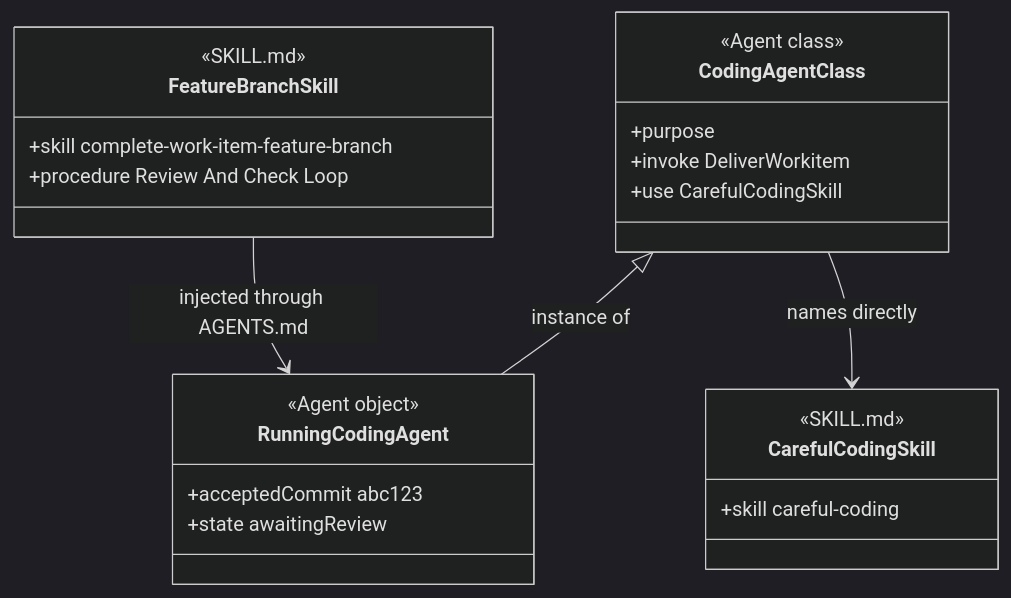
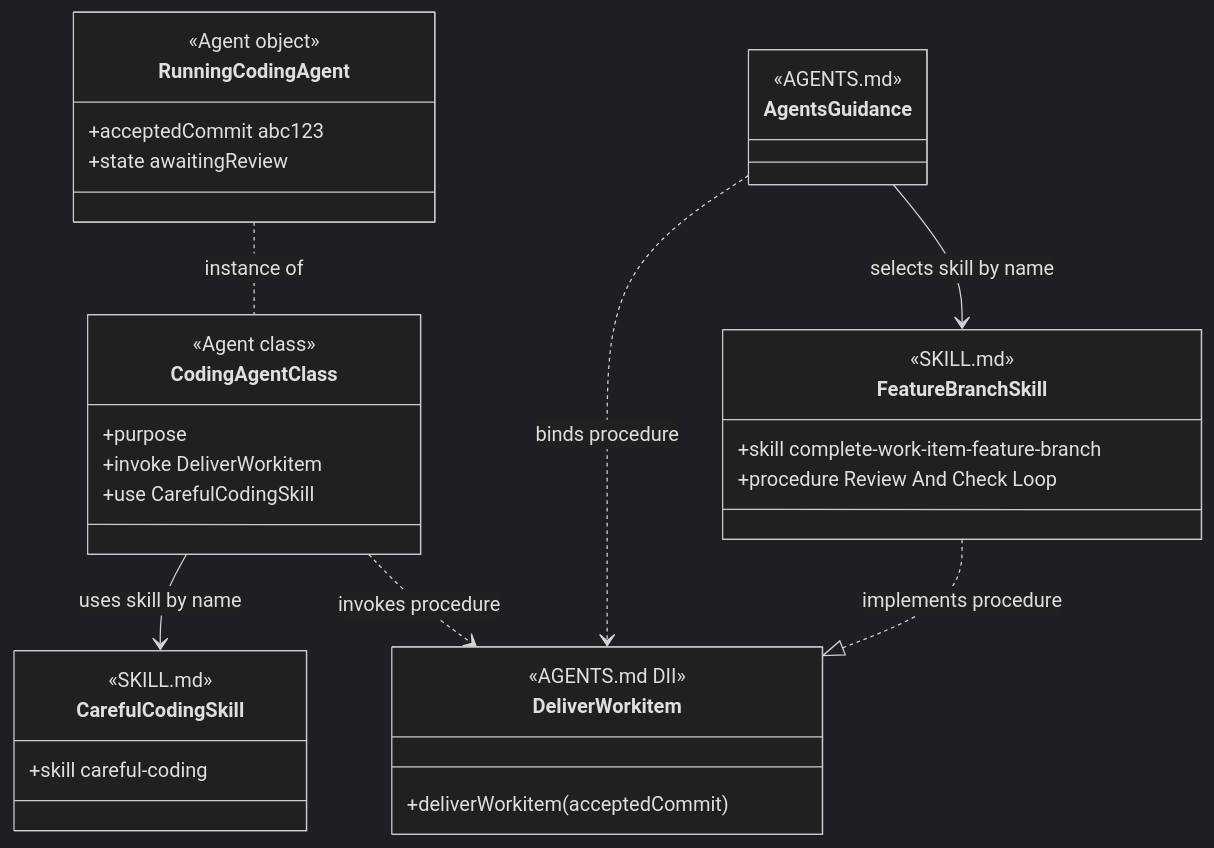
One commit to martinbechard/dev-methodology changed diagram 11 of 12 in design/object-oriented-agent-and-skill-model.md. Above: the diagram before and after it, drawn with Mermaid (dark theme). The commit also changed other lines of this file and 2 other files, not shown here.

Commit message:
Define diagram relationship notation

````diff
--- a/design/object-oriented-agent-and-skill-model.md
+++ b/design/object-oriented-agent-and-skill-model.md
@@ -512,34 +590,46 @@
 ```mermaid
 classDiagram
     direction TB
 
     class CodingAgentClass {
         <<Agent class>>
         +purpose
         +invoke DeliverWorkitem
         +use CarefulCodingSkill
     }
 
     class RunningCodingAgent {
         <<Agent object>>
         +acceptedCommit abc123
         +state awaitingReview
     }
 
     class CarefulCodingSkill {
         <<SKILL.md>>
         <<Agent Skill>>
         +skill careful-coding
     }
 
+    class DeliverWorkitem {
+        <<AGENTS.md DII>>
+        +deliverWorkitem(acceptedCommit)
+    }
+
+    class AgentsGuidance {
+        <<AGENTS.md>>
+    }
+
     class FeatureBranchSkill {
         <<SKILL.md>>
         <<Injectable Skill>>
         +skill complete-work-item-feature-branch
         +procedure Review And Check Loop
     }
 
-    CodingAgentClass <|-- RunningCodingAgent : instance of
-    CodingAgentClass --> CarefulCodingSkill : names directly
-    FeatureBranchSkill --> RunningCodingAgent : injected through AGENTS.md
+    RunningCodingAgent .. CodingAgentClass : instance of
+    CodingAgentClass --> CarefulCodingSkill : uses skill by name
+    CodingAgentClass ..> DeliverWorkitem : invokes procedure
+    AgentsGuidance ..> DeliverWorkitem : binds procedure
+    AgentsGuidance --> FeatureBranchSkill : selects skill by name
+    FeatureBranchSkill ..|> DeliverWorkitem : implements procedure
 ```
````
